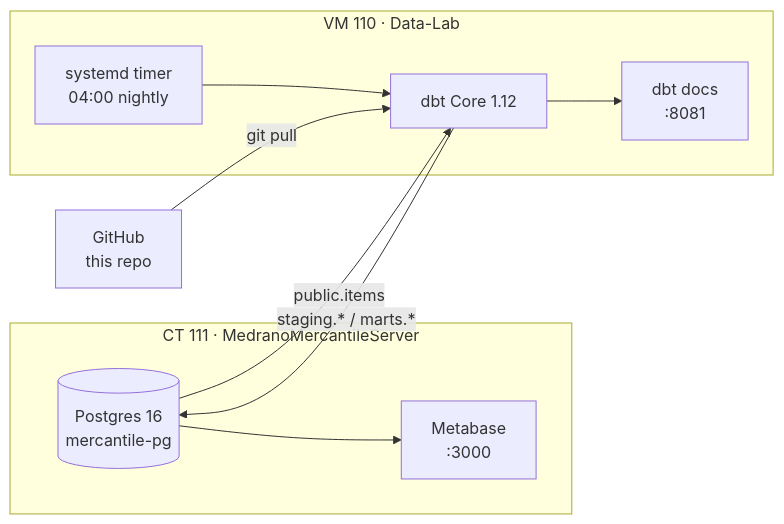
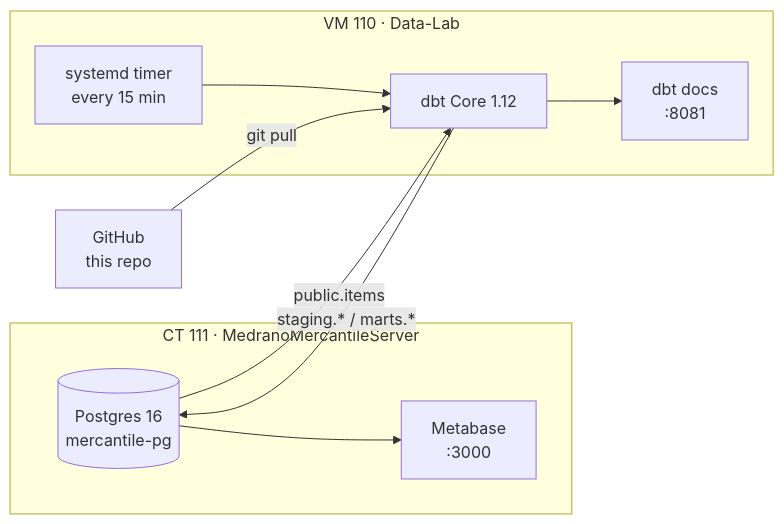
The first of 2 diagrams in README.md (manofmanana/medrano-mercantile-dbt), drawn with Mermaid before and after one commit. The commit also changed other lines of this file and 1 other file, not shown here.

Commit message:
Schedule dbt every 15 minutes

````diff
--- a/README.md
+++ b/README.md
@@ -17,15 +17,15 @@
 ```mermaid
 flowchart LR
     subgraph CT111["CT 111 · MedranoMercantileServer"]
         PG[("Postgres 16<br/>mercantile-pg")]
         MB["Metabase<br/>:3000"]
     end
     subgraph VM110["VM 110 · Data-Lab"]
-        TIMER["systemd timer<br/>04:00 nightly"] --> DBT["dbt Core 1.12"]
+        TIMER["systemd timer<br/>every 15 min"] --> DBT["dbt Core 1.12"]
         DBT --> DOCS["dbt docs<br/>:8081"]
     end
     GH["GitHub<br/>this repo"] -- git pull --> DBT
     PG -- "public.items" --> DBT
     DBT -- "staging.* / marts.*" --> PG
     PG --> MB
 ```
````
